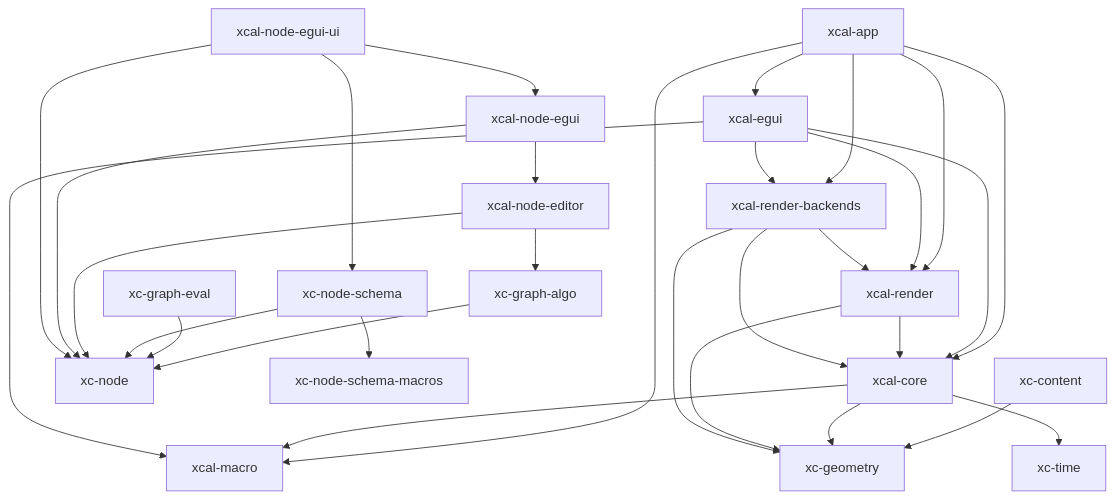
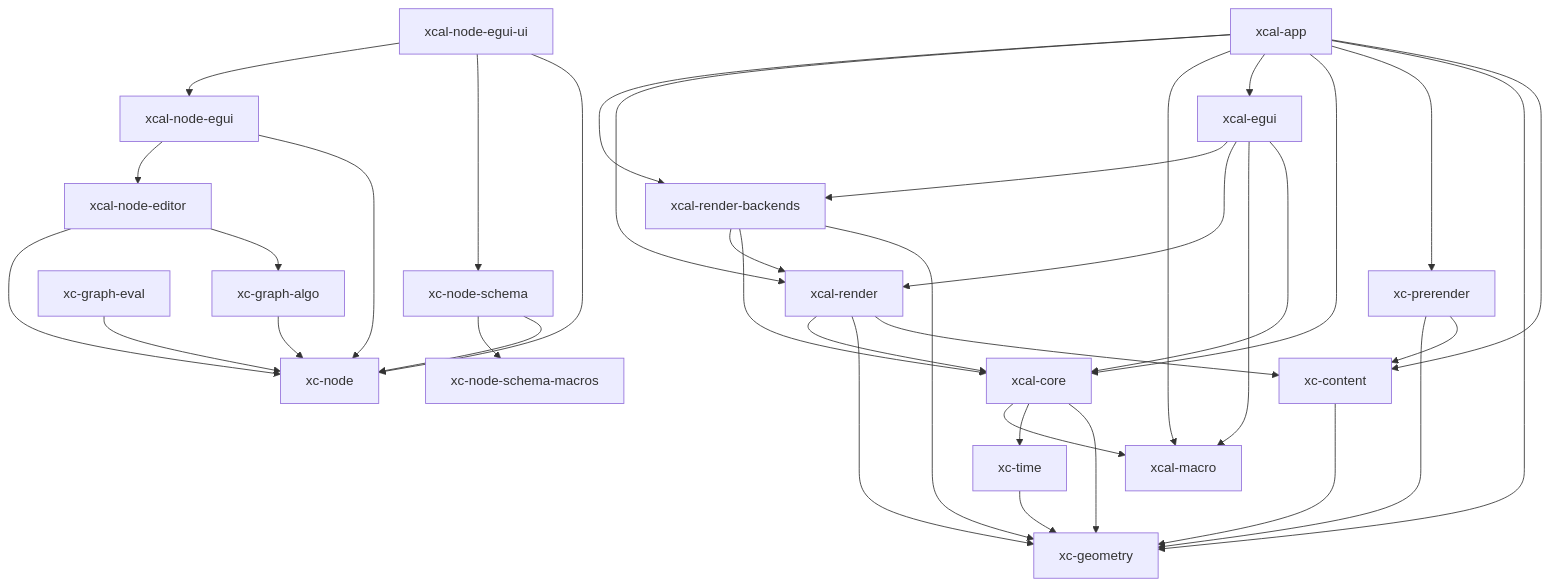
The diagram in workspace-analyzer.mmd (xcrtp/xcal-rs), drawn with Mermaid before and after one commit. The commit also changed 21 other files, not shown here.

```diff
--- a/workspace-analyzer.mmd
+++ b/workspace-analyzer.mmd
@@ -1,31 +1,38 @@
 graph TD
     xc-content --> xc-geometry
     xc-graph-algo --> xc-node
     xc-graph-eval --> xc-node
     xc-node-schema --> xc-node
     xc-node-schema --> xc-node-schema-macros
+    xc-prerender --> xc-content
+    xc-prerender --> xc-geometry
+    xc-time --> xc-geometry
+    xcal-app --> xc-content
+    xcal-app --> xc-geometry
+    xcal-app --> xc-prerender
     xcal-app --> xcal-core
     xcal-app --> xcal-egui
     xcal-app --> xcal-macro
     xcal-app --> xcal-render
     xcal-app --> xcal-render-backends
     xcal-core --> xc-geometry
     xcal-core --> xc-time
     xcal-core --> xcal-macro
     xcal-egui --> xcal-core
     xcal-egui --> xcal-macro
     xcal-egui --> xcal-render
     xcal-egui --> xcal-render-backends
     xcal-node-editor --> xc-graph-algo
     xcal-node-editor --> xc-node
     xcal-node-egui --> xc-node
     xcal-node-egui --> xcal-node-editor
     xcal-node-egui-ui --> xc-node
     xcal-node-egui-ui --> xc-node-schema
     xcal-node-egui-ui --> xcal-node-egui
+    xcal-render --> xc-content
     xcal-render --> xc-geometry
     xcal-render --> xcal-core
     xcal-render-backends --> xc-geometry
     xcal-render-backends --> xcal-core
     xcal-render-backends --> xcal-render
 classDef red stroke:#ff0000,stroke-width:2px;
```
